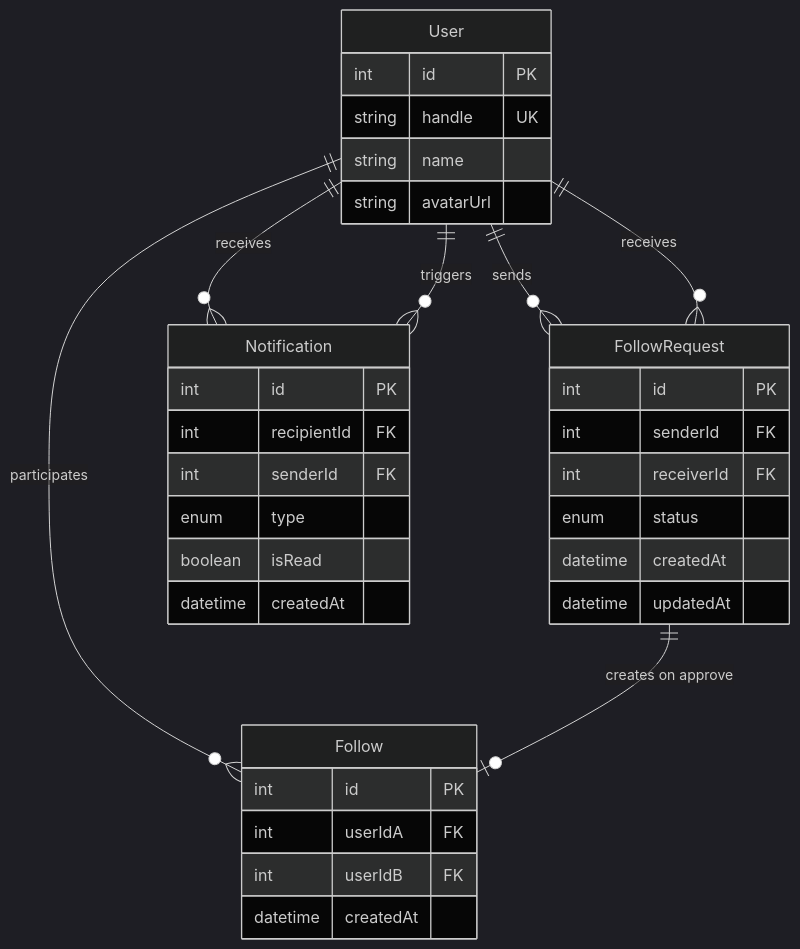
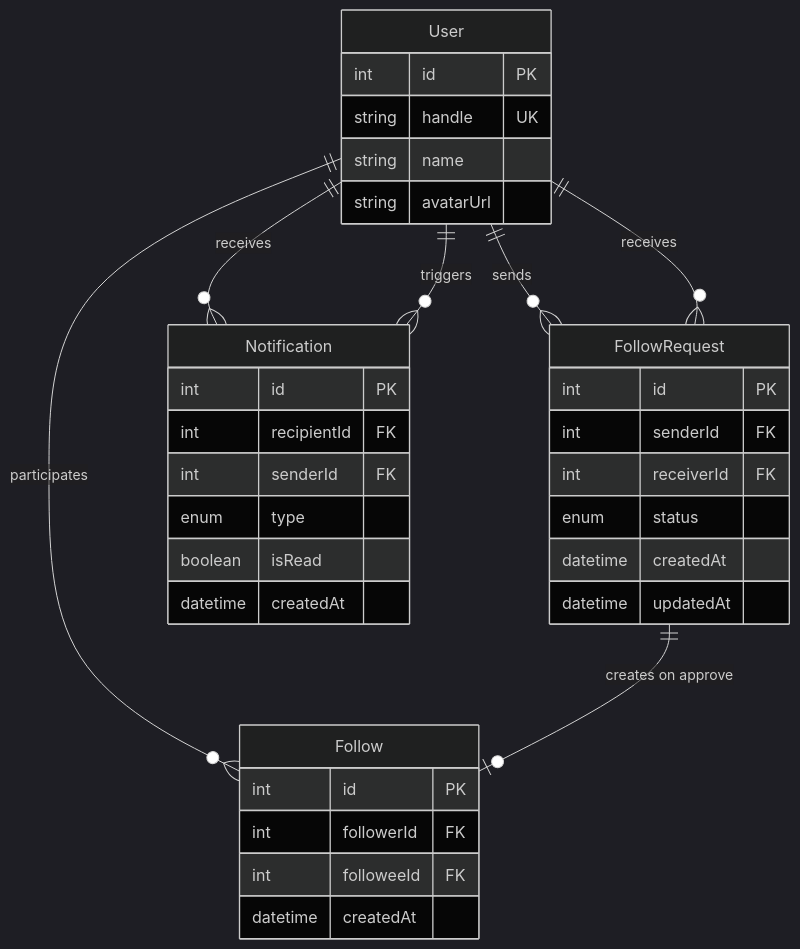
Before and after one commit to sora-ichigo/shelfie: the fifth of 5 diagrams in .kiro/specs/follow-system/design.md, drawn with Mermaid (dark theme). The commit also changed other lines of this file and 4 other files, not shown here.

````diff
--- a/.kiro/specs/follow-system/design.md
+++ b/.kiro/specs/follow-system/design.md
@@ -882,41 +886,41 @@
 ```mermaid
 erDiagram
     User ||--o{ FollowRequest : "sends"
     User ||--o{ FollowRequest : "receives"
     User ||--o{ Follow : "participates"
     User ||--o{ Notification : "receives"
     User ||--o{ Notification : "triggers"
     FollowRequest ||--o| Follow : "creates on approve"
 
     User {
         int id PK
         string handle UK
         string name
         string avatarUrl
     }
 
     FollowRequest {
         int id PK
         int senderId FK
         int receiverId FK
         enum status
         datetime createdAt
         datetime updatedAt
     }
 
     Follow {
         int id PK
-        int userIdA FK
-        int userIdB FK
+        int followerId FK
+        int followeeId FK
         datetime createdAt
     }
 
     Notification {
         int id PK
         int recipientId FK
         int senderId FK
         enum type
         boolean isRead
         datetime createdAt
     }
 ```
````
